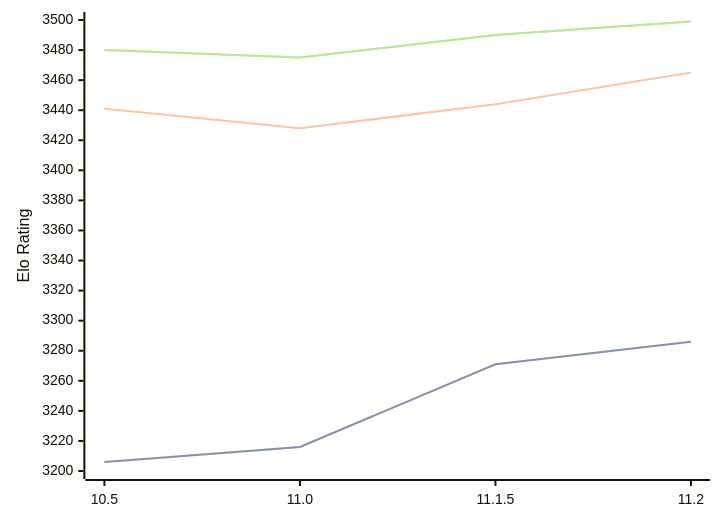
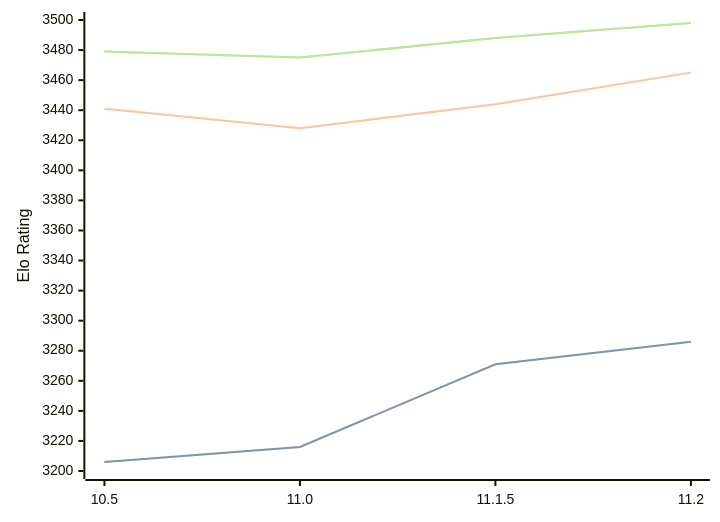
The first of 3 diagrams in engines/Lizard.md (computer-chess-index/cci), drawn with Mermaid before and after one commit. The commit also changed other lines of this file, not shown here.

Commit message:
Update CCI Ratings (ELO VLTC) - 2026-06-20

````diff
--- a/engines/Lizard.md
+++ b/engines/Lizard.md
@@ -46,11 +46,11 @@
 ```mermaid
 %%{init: {"theme":"base","themeVariables":{"seriesColors:['#a3a3a3','#222221','#faa371']}}}%%
 xychart-beta
   x-axis ["10.5", "11.0", "11.1.5", "11.2"]
   y-axis "Elo Rating" 3200 --> 3500
   line "STC (8.0+0.08s)" [3206, 3216, 3271, 3286]
   line "STC (8.0+0.08s)" [3206, 3216, 3271, 3286]
   line "LTC (60.0+0.60s)" [3441, 3428, 3444, 3465]
-  line "VLTC (2m24s+1.12s)" [3480, 3475, 3490, 3499]
-  line "VLTC (2m24s+1.12s)" [3480, 3475, 3490, 3499]
+  line "VLTC (2m24s+1.12s)" [3479, 3475, 3488, 3498]
+  line "VLTC (2m24s+1.12s)" [3479, 3475, 3488, 3498]
 ```
````
